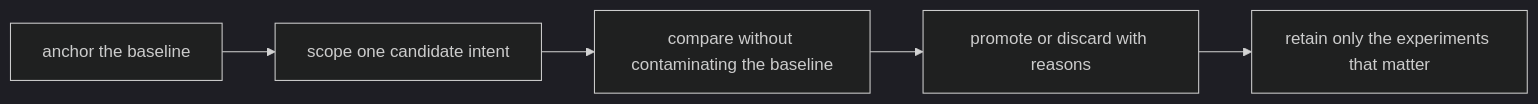
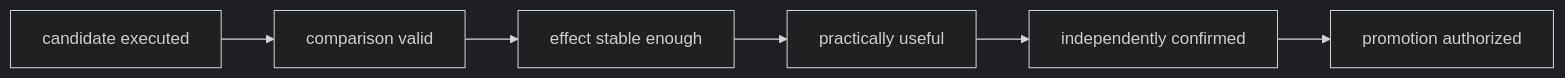
Before and after one commit to bijux/bijux-masterclass: the second of 2 diagrams in programs/reproducible-research/deep-dive-dvc/course-book/module-06-experiments-baselines-controlled-change/exercise-answers.md, drawn with Mermaid (dark theme). The commit also changed other lines of this file, not shown here.

````diff
--- a/programs/reproducible-research/deep-dive-dvc/course-book/module-06-experiments-baselines-controlled-change/exercise-answers.md
+++ b/programs/reproducible-research/deep-dive-dvc/course-book/module-06-experiments-baselines-controlled-change/exercise-answers.md
@@ -19,7 +18,8 @@
 ```mermaid
 flowchart LR
-  baseline["anchor the baseline"] --> scope["scope one candidate intent"]
-  scope --> compare["compare without contaminating the baseline"]
-  compare --> decide["promote or discard with reasons"]
-  decide --> retain["retain only the experiments that matter"]
+  executed["candidate executed"] --> comparable["comparison valid"]
+  comparable --> stable["effect stable enough"]
+  stable --> useful["practically useful"]
+  useful --> confirmed["independently confirmed"]
+  confirmed --> authorized["promotion authorized"]
 ```
````
